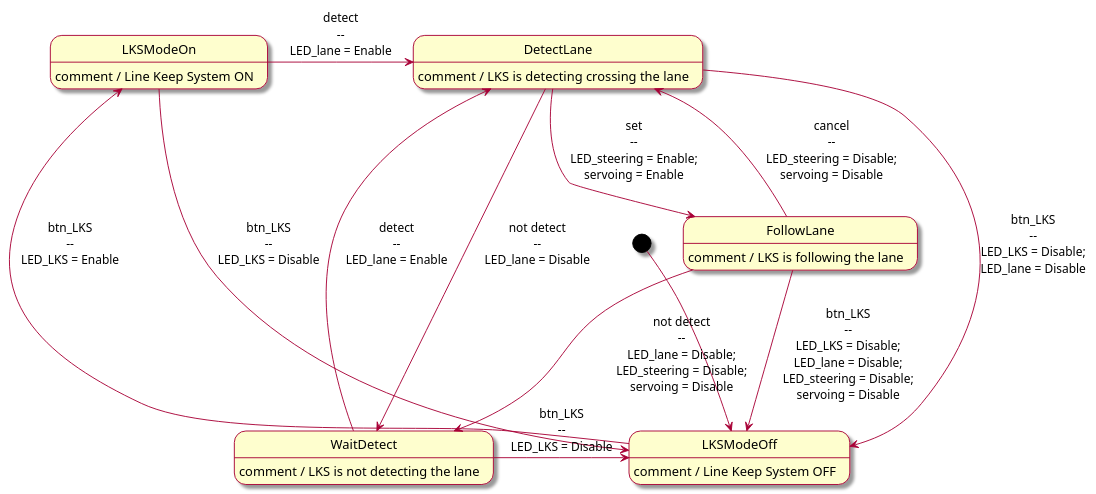
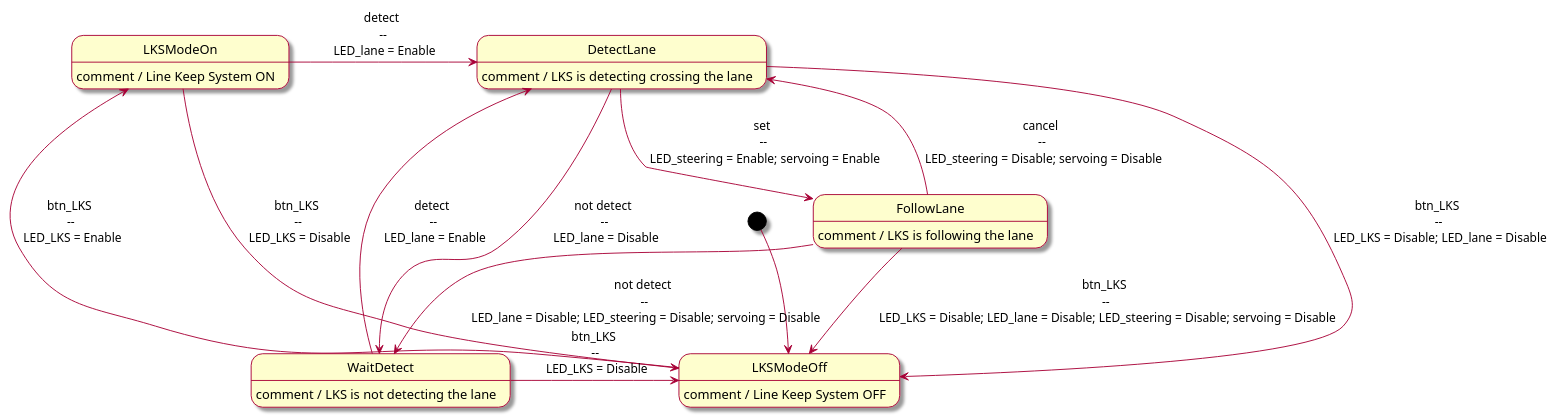
The diagram in examples/LKS.plantuml (Lecrapouille/PlantUMLStatecharts), drawn with PlantUML before and after one commit. The commit also changed 2 other files, not shown here.

```diff
--- a/examples/LKS.plantuml
+++ b/examples/LKS.plantuml
@@ -1,38 +1,38 @@
 @startuml
 skin rose
 
 '[header]  #  define Disable false
 '[header]  #  define Enable true
 
 '[code] private:
 '[code]    bool LED_LKS;
 '[code]    bool LED_lane;
 '[code]    bool LED_steering;
 '[code]    bool servoing;
 
 '[init]    LED_LKS = LED_lane = LED_steering = servoing = Disable;
 
 [*] --> LKSModeOff
 
 LKSModeOff : comment / Line Keep System OFF
 LKSModeOn : comment / Line Keep System ON
 WaitDetect : comment / LKS is not detecting the lane
 DetectLane : comment / LKS is detecting crossing the lane
 FollowLane : comment / LKS is following the lane
 
-LKSModeOff --> LKSModeOn : btn_LKS\n--\nLED_LKS = Enable
-LKSModeOn --> LKSModeOff : btn_LKS\n--\nLED_LKS = Disable
-LKSModeOn -> DetectLane : detect\n--\nLED_lane = Enable
+LKSModeOff --> LKSModeOn : btn_LKS \n--\n LED_LKS = Enable
+LKSModeOn --> LKSModeOff : btn_LKS \n--\n LED_LKS = Disable
+LKSModeOn -> DetectLane : detect \n--\n LED_lane = Enable
 
-DetectLane --> LKSModeOff : btn_LKS\n--\nLED_LKS = Disable;\nLED_lane = Disable
-DetectLane -> WaitDetect : not detect\n--\nLED_lane = Disable
-DetectLane --> FollowLane : set\n--\nLED_steering = Enable;\nservoing = Enable
+DetectLane --> LKSModeOff : btn_LKS \n--\n LED_LKS = Disable; LED_lane = Disable
+DetectLane -> WaitDetect : not detect \n--\n LED_lane = Disable
+DetectLane --> FollowLane : set \n--\n LED_steering = Enable; servoing = Enable
 
-FollowLane --> WaitDetect : not detect\n--\nLED_lane = Disable;\nLED_steering = Disable;\nservoing = Disable
-FollowLane -> LKSModeOff : btn_LKS\n--\nLED_LKS = Disable;\nLED_lane = Disable;\nLED_steering = Disable;\nservoing = Disable
-FollowLane -> DetectLane : cancel\n--\nLED_steering = Disable;\nservoing = Disable
+FollowLane --> WaitDetect : not detect \n--\n LED_lane = Disable; LED_steering = Disable; servoing = Disable
+FollowLane -> LKSModeOff : btn_LKS \n--\n LED_LKS = Disable; LED_lane = Disable; LED_steering = Disable; servoing = Disable
+FollowLane -> DetectLane : cancel \n--\n LED_steering = Disable; servoing = Disable
 
-WaitDetect -> DetectLane : detect\n--\nLED_lane = Enable
-WaitDetect -> LKSModeOff : btn_LKS\n--\nLED_LKS = Disable
+WaitDetect -> DetectLane : detect \n--\n LED_lane = Enable
+WaitDetect -> LKSModeOff : btn_LKS \n--\n LED_LKS = Disable
 
 @enduml
```
